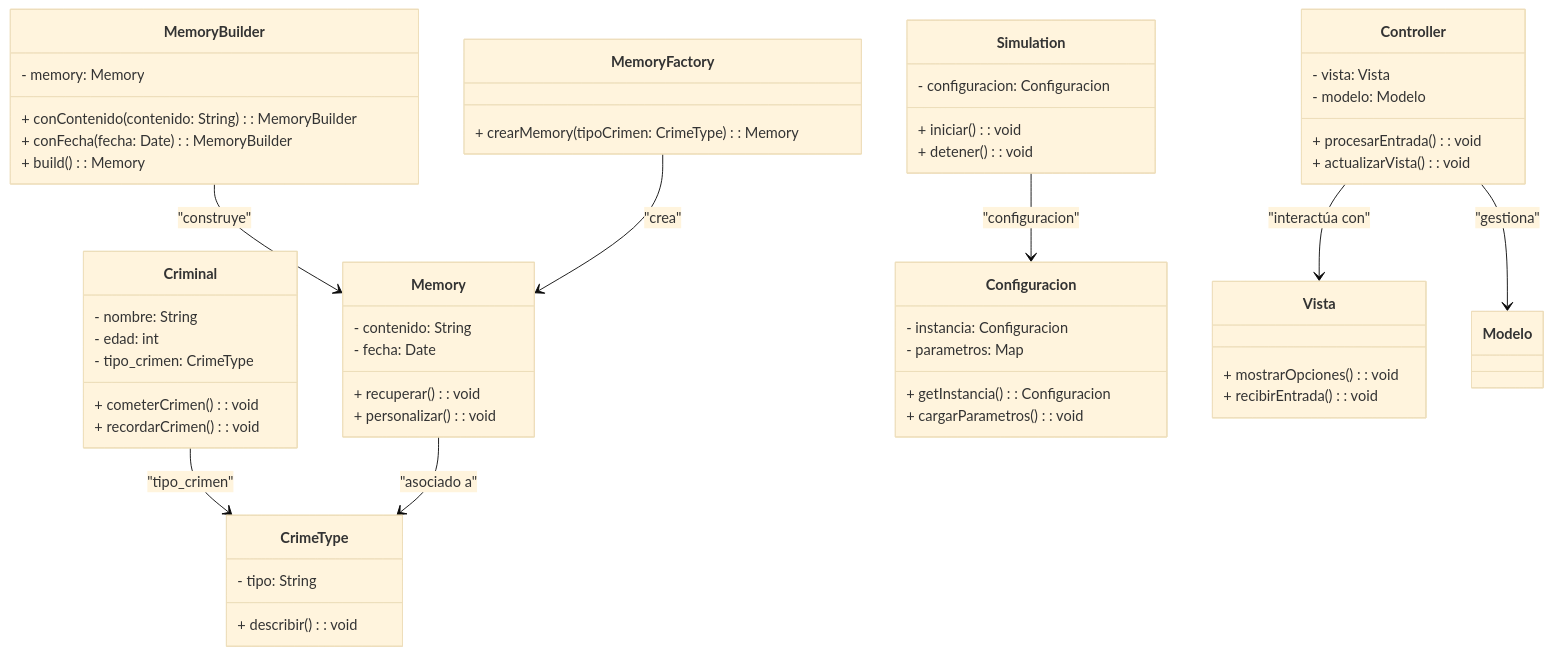
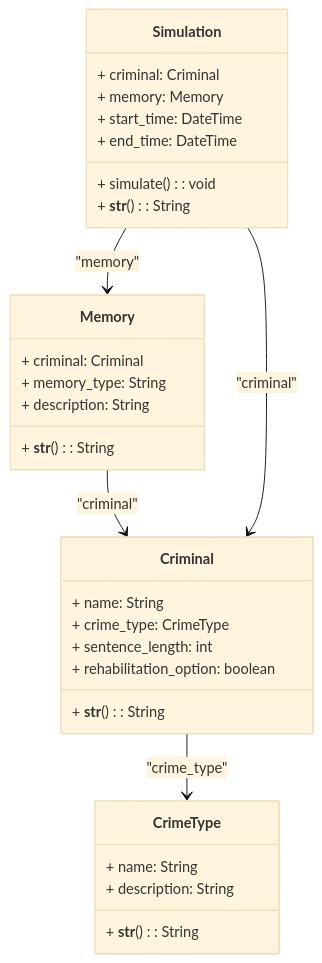
Before and after one commit to DavidPaBe/Cognify: the diagram in README.md, drawn with Mermaid (base theme). The commit also changed other lines of this file, not shown here.

````diff
--- a/README.md
+++ b/README.md
@@ -43,67 +43,38 @@
 ```mermaid
 classDiagram
     class CrimeType {
-        - tipo: String
-        + describir(): void
+        + name: String
+        + description: String
+        + __str__(): String
     }
 
     class Criminal {
-        - nombre: String
-        - edad: int
-        - tipo_crimen: CrimeType
-        + cometerCrimen(): void
-        + recordarCrimen(): void
+        + name: String
+        + crime_type: CrimeType
+        + sentence_length: int
+        + rehabilitation_option: boolean
+        + __str__(): String
     }
 
     class Memory {
-        - contenido: String
-        - fecha: Date
-        + recuperar(): void
-        + personalizar(): void
-    }
-
-    class Configuracion {
-        - instancia: Configuracion
-        - parametros: Map<String, String>
-        + getInstancia(): Configuracion
-        + cargarParametros(): void
+        + criminal: Criminal
+        + memory_type: String
+        + description: String
+        + __str__(): String
     }
 
     class Simulation {
-        - configuracion: Configuracion
-        + iniciar(): void
-        + detener(): void
+        + criminal: Criminal
+        + memory: Memory
+        + start_time: DateTime
+        + end_time: DateTime
+        + simulate(): void
+        + __str__(): String
     }
 
-    class MemoryFactory {
-        + crearMemory(tipoCrimen: CrimeType): Memory
-    }
-
-    class MemoryBuilder {
-        - memory: Memory
-        + conContenido(contenido: String): MemoryBuilder
-        + conFecha(fecha: Date): MemoryBuilder
-        + build(): Memory
-    }
-
-    class Controller {
-        - vista: Vista
-        - modelo: Modelo
-        + procesarEntrada(): void
-        + actualizarVista(): void
-    }
-
-    class Vista {
-        + mostrarOpciones(): void
-        + recibirEntrada(): void
-    }
-
-    Criminal --> CrimeType : "tipo_crimen"
-    Memory --> CrimeType : "asociado a"
-    Simulation --> Configuracion : "configuracion"
-    MemoryBuilder --> Memory : "construye"
-    Controller --> Vista : "interactúa con"
-    Controller --> Modelo : "gestiona"
-    MemoryFactory --> Memory : "crea"
+    Criminal --> CrimeType : "crime_type"
+    Memory --> Criminal : "criminal"
+    Simulation --> Criminal : "criminal"
+    Simulation --> Memory : "memory"
 
 ```
````
